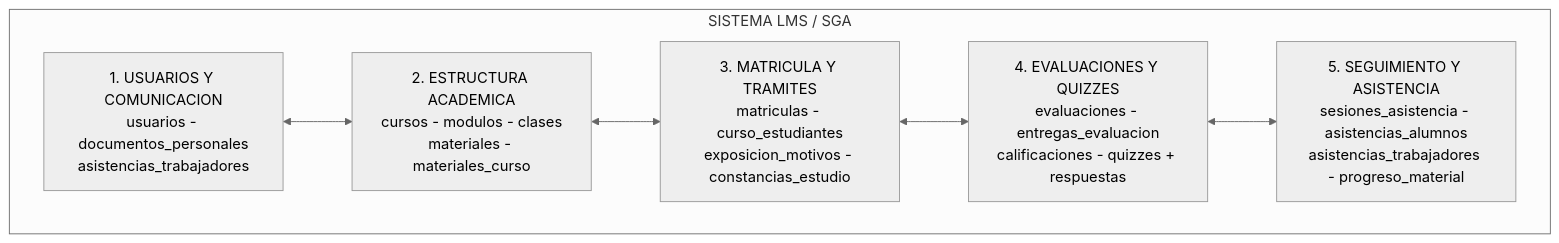
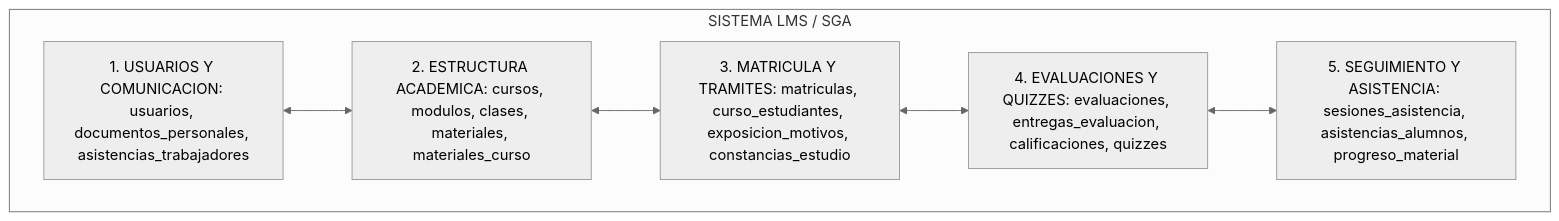
One commit to Hector-dev/Plataforma_Educativa_Cacique_Tamanaco changed the first of 28 diagrams in docs/DIAGRAMAS.md. Above: the diagram before and after it, drawn with Mermaid (neutral theme). The commit also changed 1 other file, not shown here.

Commit message:
docs: reestructurar README como trabajo final y quitar <br/> de diagramas mermaid

````diff
--- a/docs/DIAGRAMAS.md
+++ b/docs/DIAGRAMAS.md
@@ -21,15 +21,15 @@
 ```mermaid
 flowchart LR
     subgraph LMS["SISTEMA LMS / SGA"]
         direction LR
-        M1["1. USUARIOS Y COMUNICACION<br/>usuarios - documentos_personales<br/>asistencias_trabajadores"]
-        M2["2. ESTRUCTURA ACADEMICA<br/>cursos - modulos - clases<br/>materiales - materiales_curso"]
-        M3["3. MATRICULA Y TRAMITES<br/>matriculas - curso_estudiantes<br/>exposicion_motivos - constancias_estudio"]
-        M4["4. EVALUACIONES Y QUIZZES<br/>evaluaciones - entregas_evaluacion<br/>calificaciones - quizzes + respuestas"]
-        M5["5. SEGUIMIENTO Y ASISTENCIA<br/>sesiones_asistencia - asistencias_alumnos<br/>asistencias_trabajadores - progreso_material"]
+        M1["1. USUARIOS Y COMUNICACION: usuarios, documentos_personales, asistencias_trabajadores"]
+        M2["2. ESTRUCTURA ACADEMICA: cursos, modulos, clases, materiales, materiales_curso"]
+        M3["3. MATRICULA Y TRAMITES: matriculas, curso_estudiantes, exposicion_motivos, constancias_estudio"]
+        M4["4. EVALUACIONES Y QUIZZES: evaluaciones, entregas_evaluacion, calificaciones, quizzes"]
+        M5["5. SEGUIMIENTO Y ASISTENCIA: sesiones_asistencia, asistencias_alumnos, progreso_material"]
     end
     M1 <--> M2
     M2 <--> M3
     M3 <--> M4
     M4 <--> M5
 ```
````
